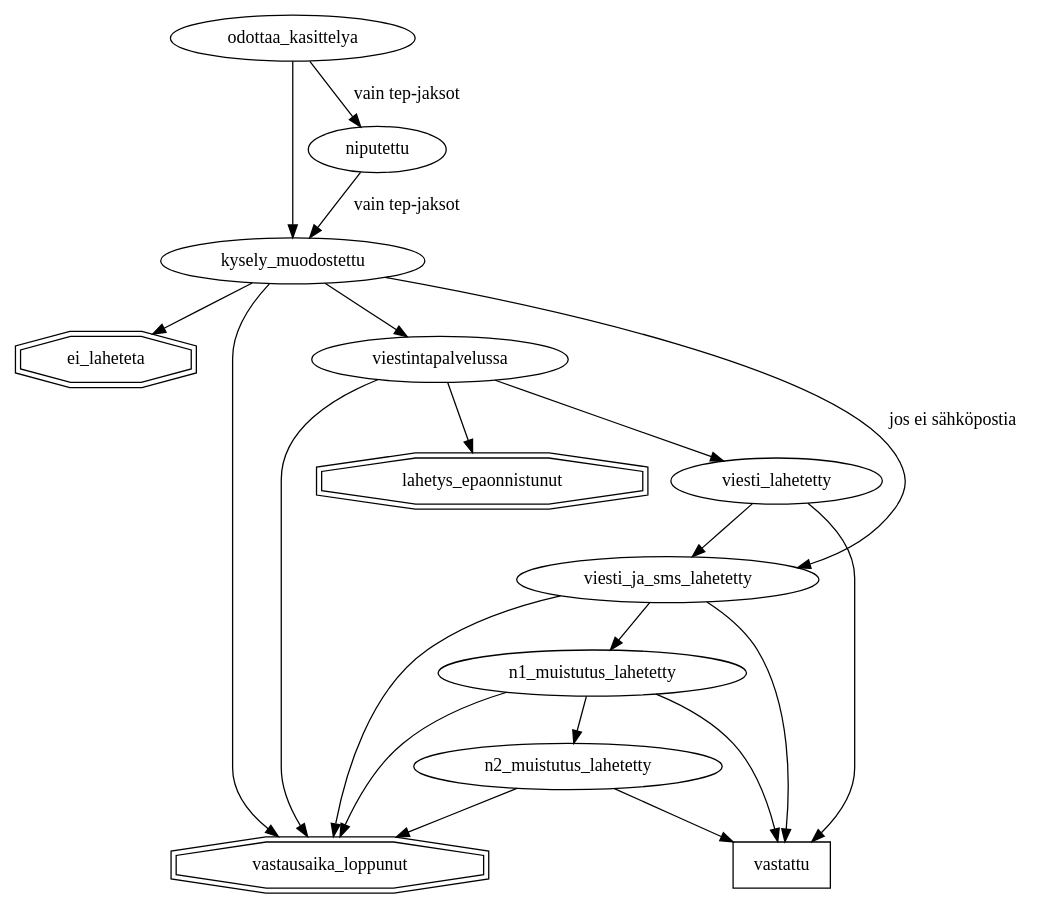
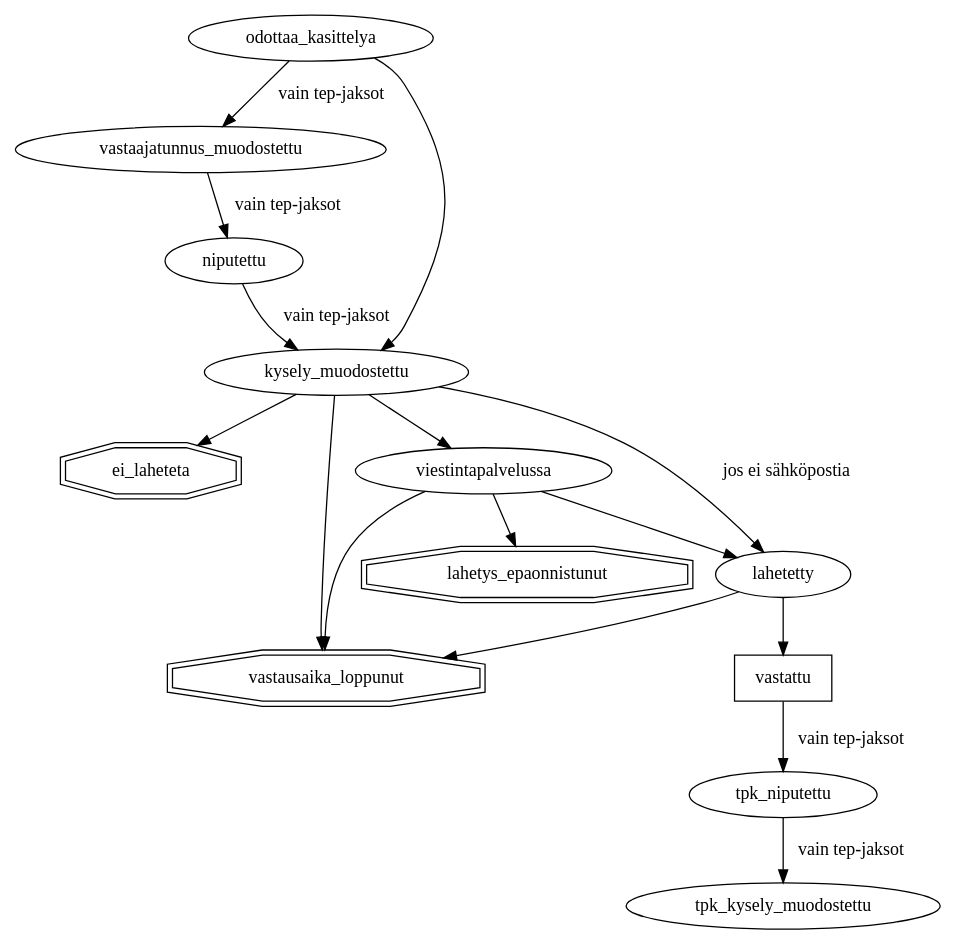
Before and after one commit to Opetushallitus/ehoks: the diagram in doc/palaute-tilat.dot, drawn with Graphviz. The commit also changed 1 other file, not shown here.

```diff
--- a/doc/palaute-tilat.dot
+++ b/doc/palaute-tilat.dot
@@ -1,24 +1,19 @@
 digraph tilat {
 ei_laheteta[shape=doubleoctagon]
 vastausaika_loppunut[shape=doubleoctagon]
 lahetys_epaonnistunut[shape=doubleoctagon]
 vastattu[shape=box]
 
-odottaa_kasittelya -> niputettu -> kysely_muodostettu [label="vain tep-jaksot"]
-odottaa_kasittelya -> kysely_muodostettu -> ei_laheteta
+odottaa_kasittelya -> vastaajatunnus_muodostettu -> niputettu -> kysely_muodostettu [label="vain tep-jaksot"]
+odottaa_kasittelya -> kysely_muodostettu -> viestintapalvelussa -> lahetetty -> vastattu
 
-kysely_muodostettu -> viestintapalvelussa -> viesti_lahetetty -> viesti_ja_sms_lahetetty
+kysely_muodostettu -> ei_laheteta
 viestintapalvelussa -> lahetys_epaonnistunut
-kysely_muodostettu -> viesti_ja_sms_lahetetty [label="jos ei sähköpostia"]
-
-viesti_ja_sms_lahetetty -> n1_muistutus_lahetetty -> n2_muistutus_lahetetty -> vastattu
-viesti_lahetetty -> vastattu
-viesti_ja_sms_lahetetty -> vastattu
-n1_muistutus_lahetetty -> vastattu
+kysely_muodostettu -> lahetetty [label="jos ei sähköpostia"]
 
 kysely_muodostettu -> vastausaika_loppunut
 viestintapalvelussa -> vastausaika_loppunut
-viesti_ja_sms_lahetetty -> vastausaika_loppunut
-n1_muistutus_lahetetty -> vastausaika_loppunut
-n2_muistutus_lahetetty -> vastausaika_loppunut
+lahetetty -> vastausaika_loppunut
+
+vastattu -> tpk_niputettu -> tpk_kysely_muodostettu [label="vain tep-jaksot"]
 }
```
